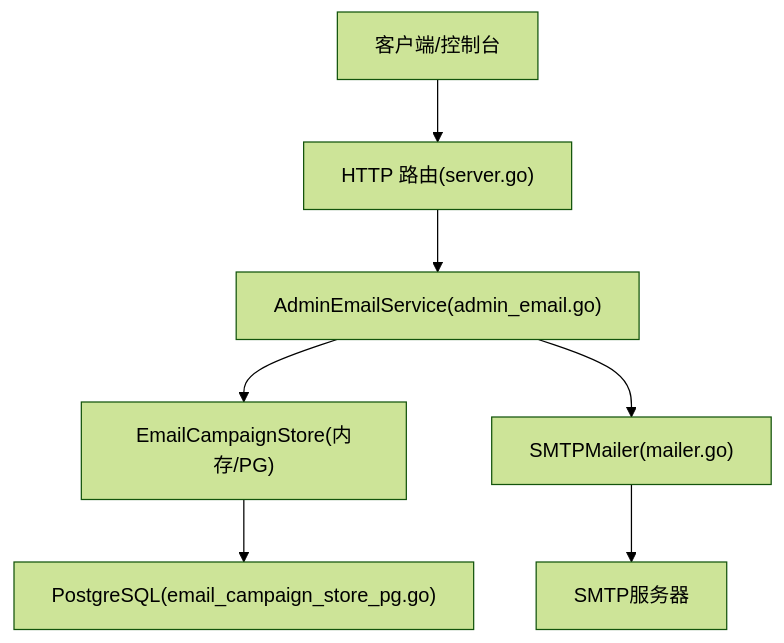
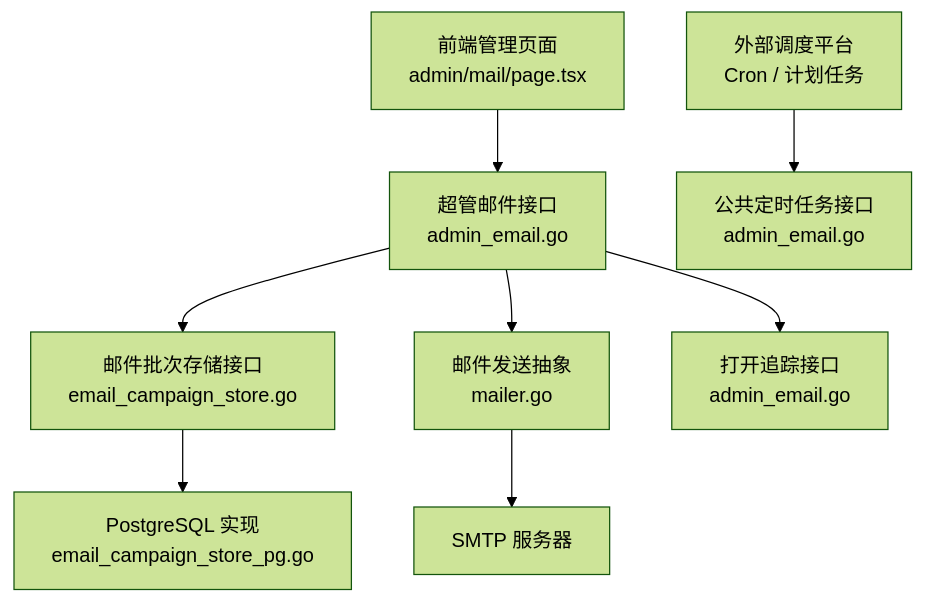
The first of 5 diagrams in .qoder/repowiki/zh/content/API接口文档/云端REST API/管理后台API/邮件营销API.md (alvinwangzi/goodhr), drawn with Mermaid (forest theme) before and after one commit. The commit also changed other lines of this file and 149 other files, not shown here.

````diff
--- a/.qoder/repowiki/zh/content/API接口文档/云端REST API/管理后台API/邮件营销API.md
+++ b/.qoder/repowiki/zh/content/API接口文档/云端REST API/管理后台API/邮件营销API.md
@@ -43,9 +49,10 @@
 ```mermaid
 graph TB
-Client["客户端/控制台"] --> Router["HTTP 路由(server.go)"]
-Router --> AdminEmail["AdminEmailService(admin_email.go)"]
-AdminEmail --> Store["EmailCampaignStore(内存/PG)"]
-AdminEmail --> Mailer["SMTPMailer(mailer.go)"]
-Store --> DB["PostgreSQL(email_campaign_store_pg.go)"]
-Mailer --> SMTP["SMTP服务器"]
+AdminUI["前端管理页面<br/>admin/mail/page.tsx"] --> AdminAPI["超管邮件接口<br/>admin_email.go"]
+Scheduler["外部调度平台<br/>Cron / 计划任务"] --> PublicJob["公共定时任务接口<br/>admin_email.go"]
+AdminAPI --> Store["邮件批次存储接口<br/>email_campaign_store.go"]
+Store --> PGStore["PostgreSQL 实现<br/>email_campaign_store_pg.go"]
+AdminAPI --> Mailer["邮件发送抽象<br/>mailer.go"]
+Mailer --> SMTP["SMTP 服务器"]
+AdminAPI --> OpenPixel["打开追踪接口<br/>admin_email.go"]
 ```
````
